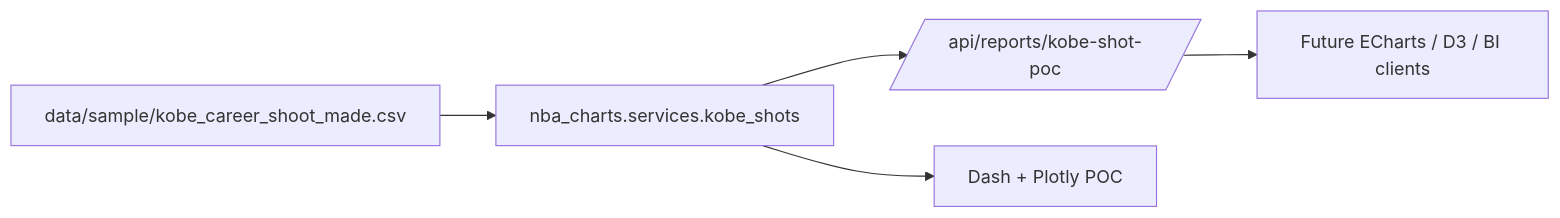
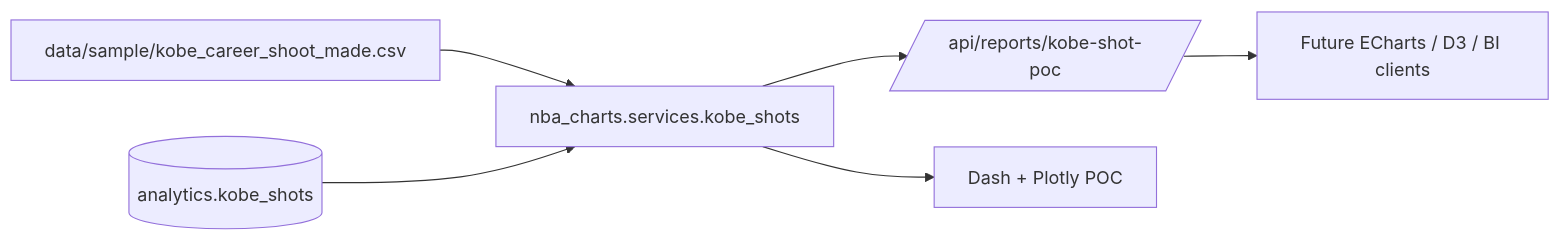
Before and after one commit to vaychen/nba-charts: the diagram in docs/design/kobe_shot_poc.md, drawn with Mermaid. The commit also changed other lines of this file and 19 other files, not shown here.

````diff
--- a/docs/design/kobe_shot_poc.md
+++ b/docs/design/kobe_shot_poc.md
@@ -3,7 +3,8 @@
 ```mermaid
 flowchart LR
     sample[data/sample/kobe_career_shoot_made.csv] --> service[nba_charts.services.kobe_shots]
+    postgres[(analytics.kobe_shots)] --> service
     service --> api[/api/reports/kobe-shot-poc/]
     service --> dash[Dash + Plotly POC]
     api --> future[Future ECharts / D3 / BI clients]
 ```
````
